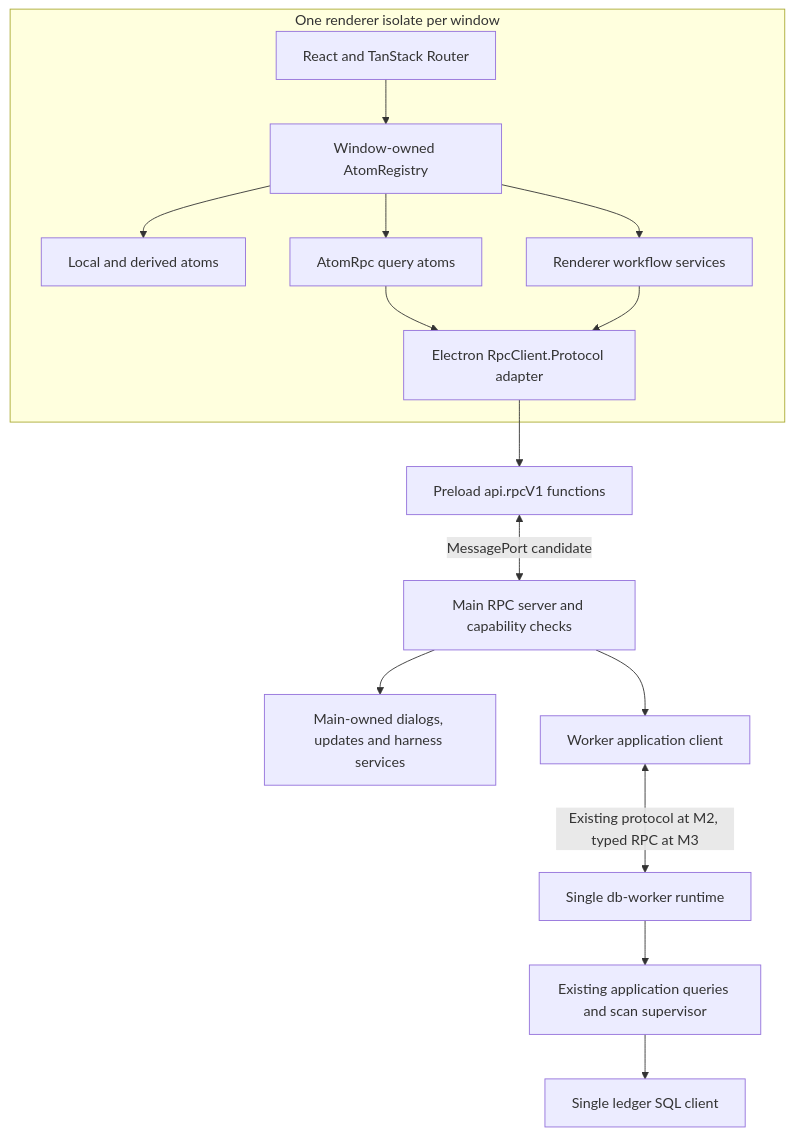
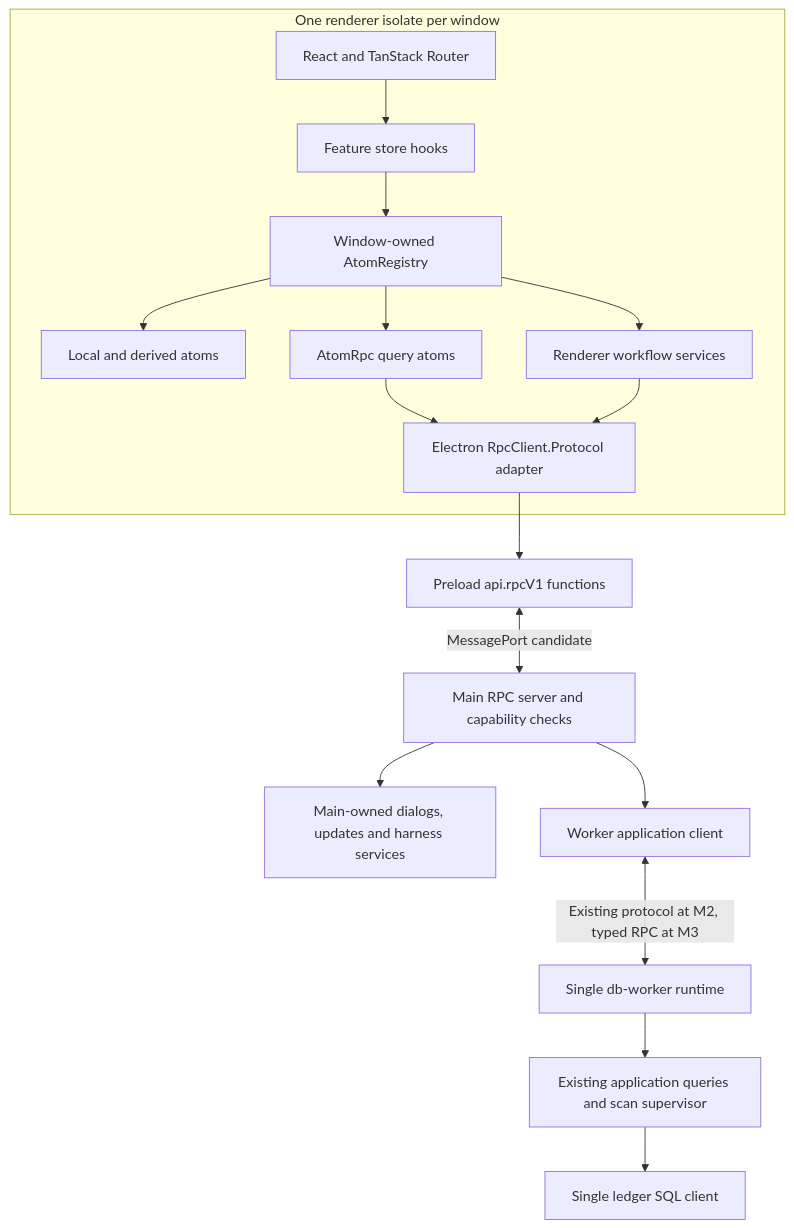
The diagram in docs/plans/effect-renderer-adoption.md (Pasquale-Favella/watchtower), drawn with Mermaid before and after one commit. The commit also changed other lines of this file and 47 other files, not shown here.

````diff
--- a/docs/plans/effect-renderer-adoption.md
+++ b/docs/plans/effect-renderer-adoption.md
@@ -27,24 +36,26 @@
 ```mermaid
 flowchart TD
   subgraph Renderer[One renderer isolate per window]
     React[React and TanStack Router]
     Registry[Window-owned AtomRegistry]
     State[Local and derived atoms]
     Queries[AtomRpc query atoms]
     Workflows[Renderer workflow services]
     Protocol[Electron RpcClient.Protocol adapter]
-    React --> Registry
+    Hooks[Feature store hooks]
+    React --> Hooks
+    Hooks --> Registry
     Registry --> State
     Registry --> Queries
     Registry --> Workflows
     Queries --> Protocol
     Workflows --> Protocol
   end
   Protocol --> Bridge[Preload api.rpcV1 functions]
   Bridge <-->|MessagePort candidate| Server[Main RPC server and capability checks]
   Server --> Native[Main-owned dialogs, updates and harness services]
   Server --> WorkerClient[Worker application client]
   WorkerClient <-->|Existing protocol at M2, typed RPC at M3| Worker[Single db-worker runtime]
   Worker --> Application[Existing application queries and scan supervisor]
   Application --> SQL[Single ledger SQL client]
 ```
````
